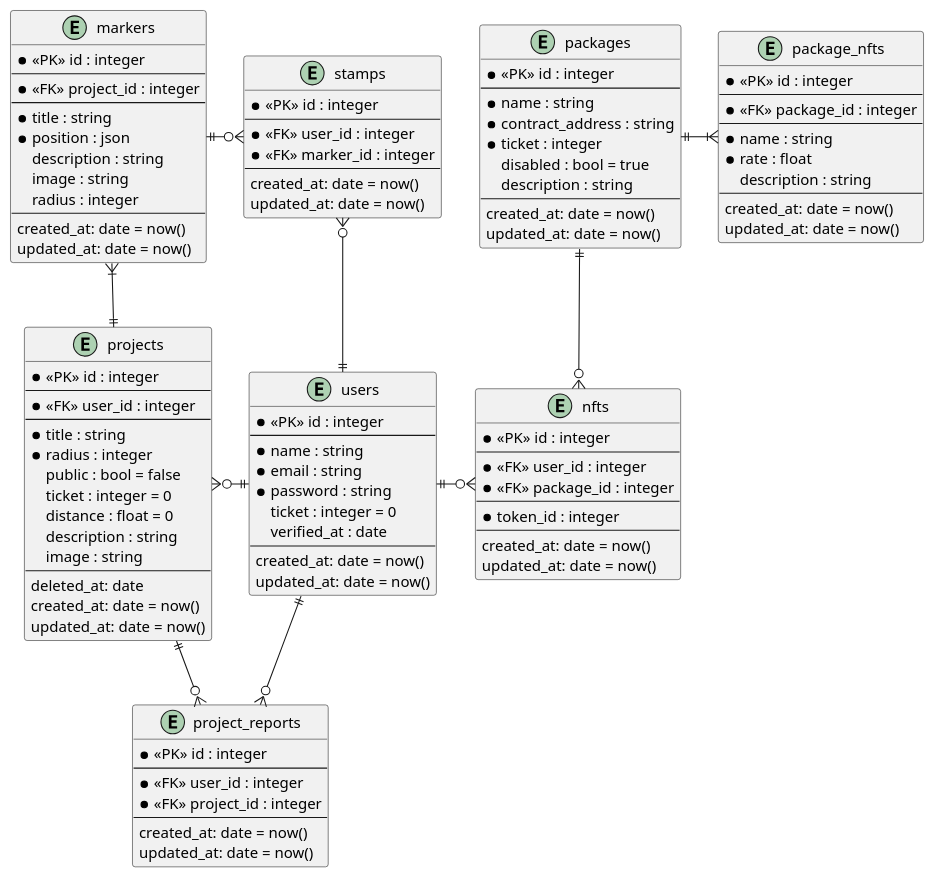
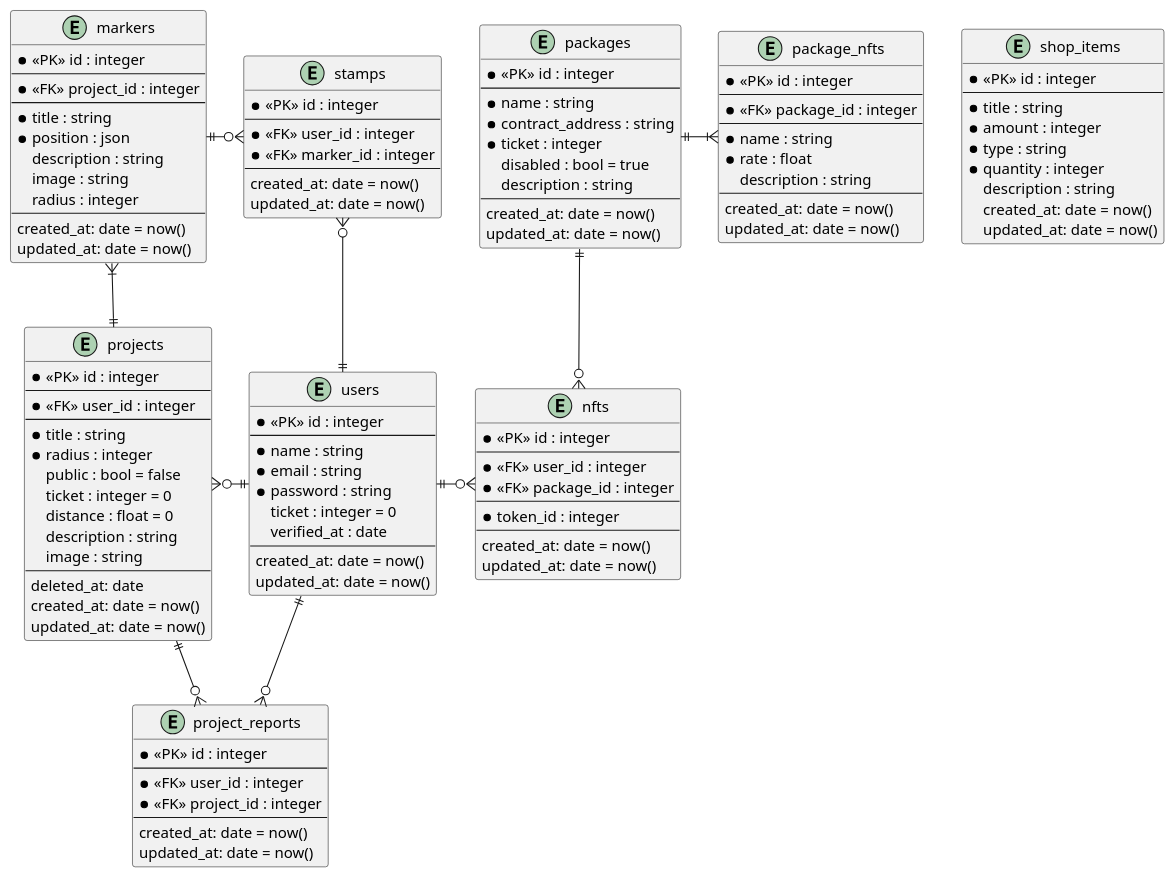
One commit to flatten-js/Workker changed the diagram in docs/db.er.pu. Above: the diagram before and after it, drawn with PlantUML. The commit also changed 29 other files, not shown here.

```diff
--- a/docs/db.er.pu
+++ b/docs/db.er.pu
@@ -1,115 +1,127 @@
 @startuml
 entity projects {
   * <<PK>> id : integer
   --
   * <<FK>> user_id : integer
   --
   * title : string
   * radius : integer
   public : bool = false
   ticket : integer = 0
   distance : float = 0
   description : string
   image : string
   --
   deleted_at: date
   created_at: date = now()
   updated_at: date = now()
 }
 
 entity markers {
   * <<PK>> id : integer
   --
   * <<FK>> project_id : integer
   --
   * title : string
   * position : json
   description : string
   image : string
   radius : integer
   --
   created_at: date = now()
   updated_at: date = now()
 }
 
 entity stamps {
   * <<PK>> id : integer
   --
   * <<FK>> user_id : integer
   * <<FK>> marker_id : integer
   --
   created_at: date = now()
   updated_at: date = now()
 }
 
 entity users {
   * <<PK>> id : integer
   --
   * name : string
   * email : string
   * password : string
   ticket : integer = 0
   verified_at : date
   --
   created_at: date = now()
   updated_at: date = now()
 }
 
 entity nfts {
   * <<PK>> id : integer
   --
   * <<FK>> user_id : integer
   * <<FK>> package_id : integer
   --
   * token_id : integer
   --
   created_at: date = now()
   updated_at: date = now()
 }
 
 entity packages {
   * <<PK>> id : integer
   --
   * name : string
   * contract_address : string
   * ticket : integer
   disabled : bool = true
   description : string
   --
   created_at: date = now()
   updated_at: date = now()
 }
 
 entity package_nfts {
   * <<PK>> id : integer
   --
   * <<FK>> package_id : integer
   --
   * name : string
   * rate : float
   description : string
   --
   created_at: date = now()
   updated_at: date = now()
 }
 
 entity project_reports {
   * <<PK>> id : integer
   --
   * <<FK>> user_id : integer
   * <<FK>> project_id : integer
   --
   created_at: date = now()
   updated_at: date = now()
 }
 
+entity shop_items {
+  * <<PK>> id : integer
+  --
+  * title : string
+  * amount : integer
+  * type : string
+  * quantity : integer
+  description : string
+  created_at: date = now()
+  updated_at: date = now()
+}
+
 projects ||-u-|{ markers
 markers ||-o{ stamps
 projects ||-o{ project_reports
 projects }o-|| users
 users ||-u-o{ stamps
 users ||-d-o{ project_reports
 users ||-o{ nfts
 packages ||-d-o{ nfts
 packages ||-|{ package_nfts
 @enduml
```
